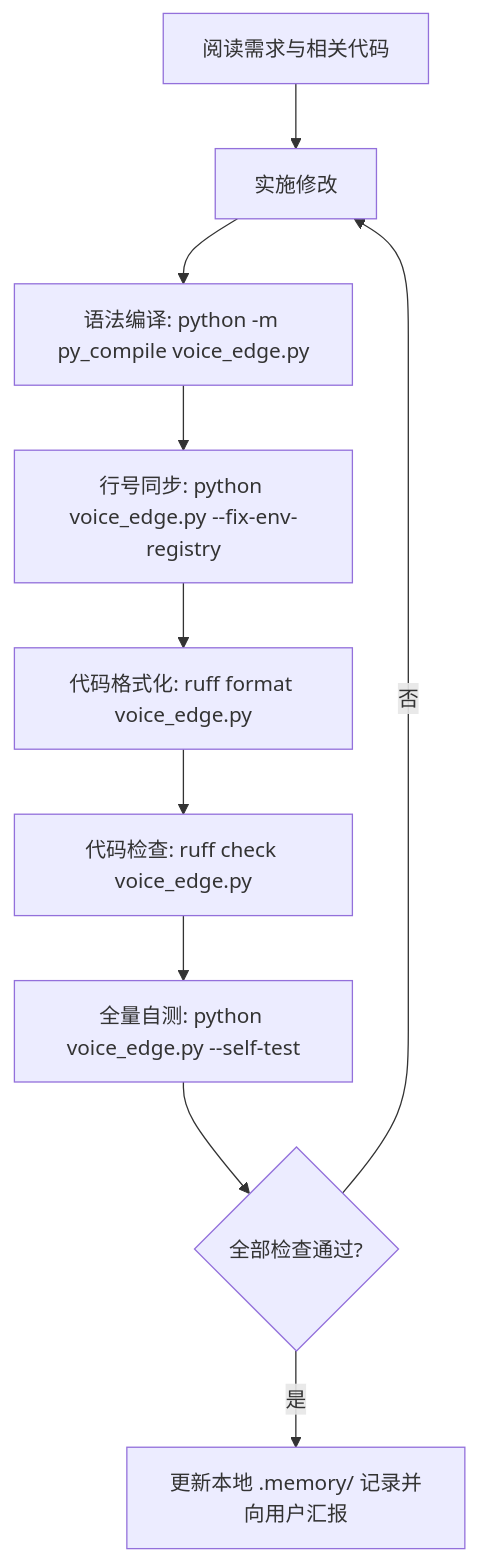
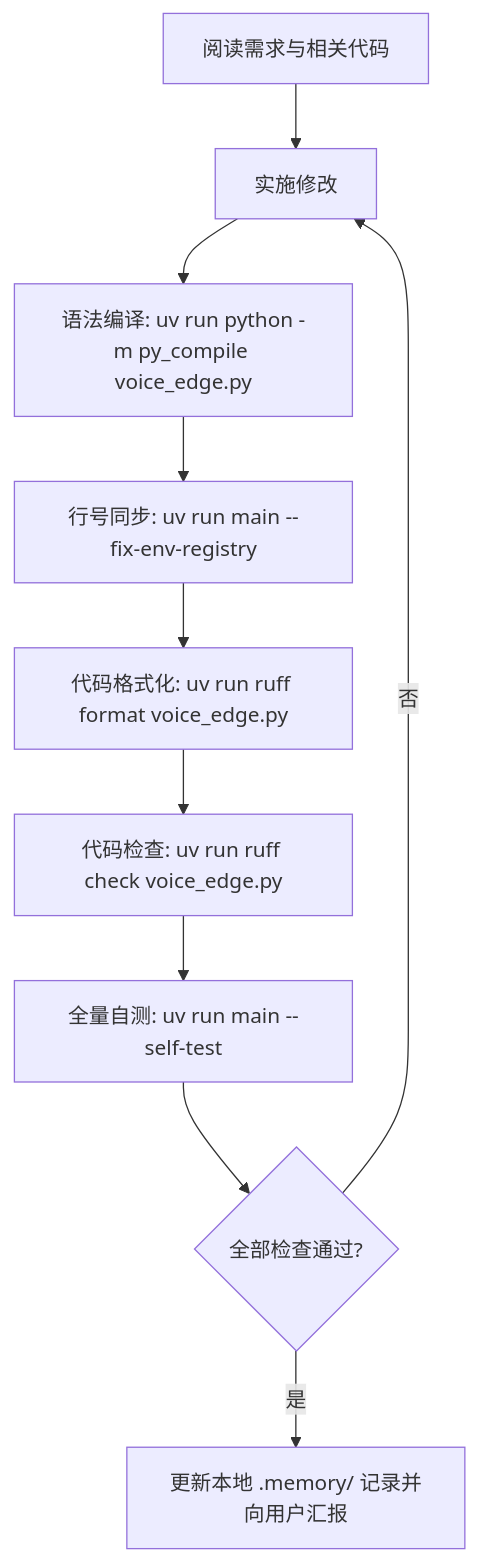
One commit to woniuzfb/voice-edge changed the diagram in AGENTS.md. Above: the diagram before and after it, drawn with Mermaid. The commit also changed other lines of this file and 1 other file, not shown here.

````diff
--- a/AGENTS.md
+++ b/AGENTS.md
@@ -81,12 +84,12 @@
 ```mermaid
 flowchart TD
     A[阅读需求与相关代码] --> B[实施修改]
-    B --> C[语法编译: python -m py_compile voice_edge.py]
-    C --> D[行号同步: python voice_edge.py --fix-env-registry]
-    D --> E[代码格式化: ruff format voice_edge.py]
-    E --> F[代码检查: ruff check voice_edge.py]
-    F --> G[全量自测: python voice_edge.py --self-test]
+    B --> C[语法编译: uv run python -m py_compile voice_edge.py]
+    C --> D[行号同步: uv run main --fix-env-registry]
+    D --> E[代码格式化: uv run ruff format voice_edge.py]
+    E --> F[代码检查: uv run ruff check voice_edge.py]
+    F --> G[全量自测: uv run main --self-test]
     G --> H{全部检查通过?}
     H -- 否 --> B
     H -- 是 --> I[更新本地 .memory/ 记录并向用户汇报]
 ```
````
